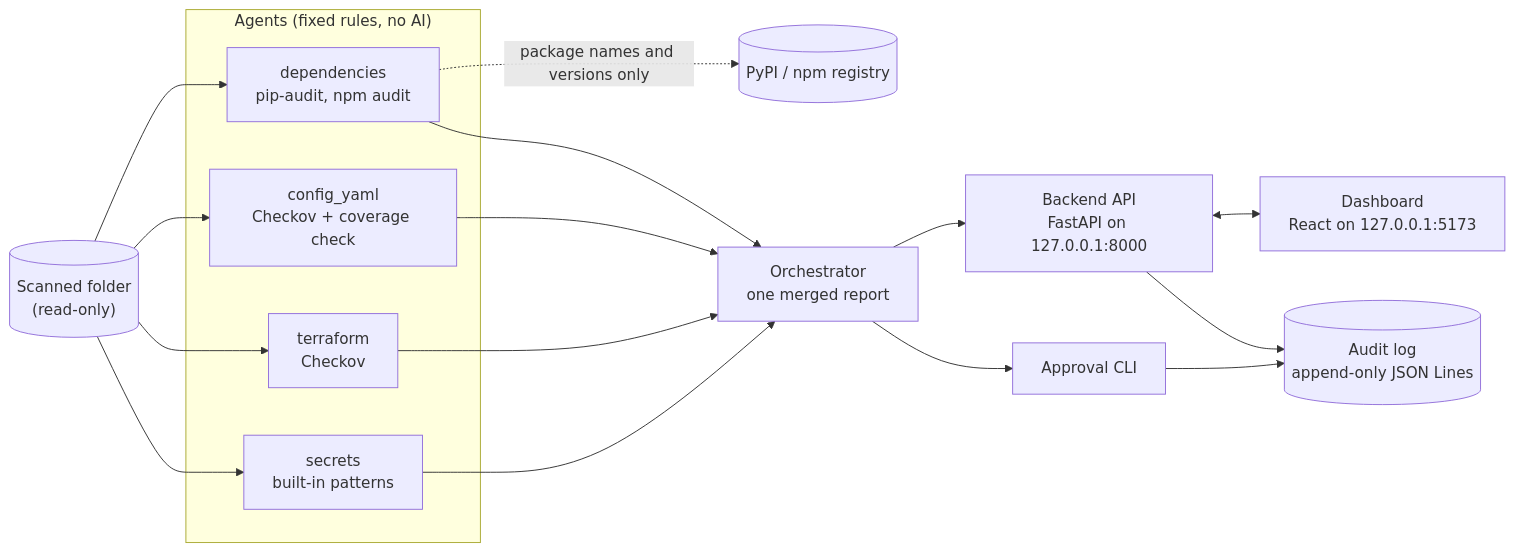
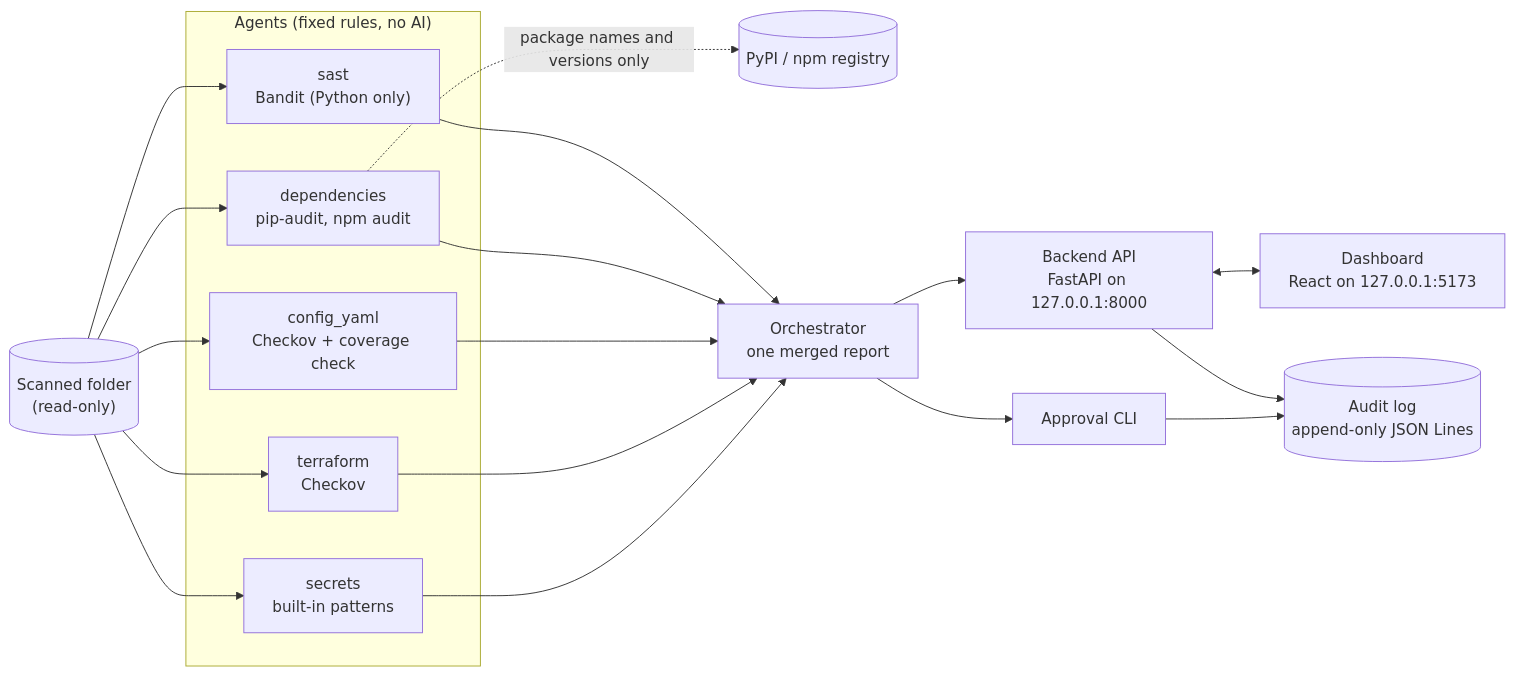
The diagram in README.md (samiiraqi/sentinel), drawn with Mermaid before and after one commit. The commit also changed other lines of this file and 12 other files, not shown here.

First line of the commit message:
feat: add SAST agent (Bandit, Python only, offline)

````diff
--- a/README.md
+++ b/README.md
@@ -19,18 +19,19 @@
 ```mermaid
 flowchart LR
     folder[("Scanned folder<br/>(read-only)")]
     subgraph agents["Agents (fixed rules, no AI)"]
         sec["secrets<br/>built-in patterns"]
         tf["terraform<br/>Checkov"]
         cy["config_yaml<br/>Checkov + coverage check"]
         dep["dependencies<br/>pip-audit, npm audit"]
+        sast["sast<br/>Bandit (Python only)"]
     end
-    folder --> sec & tf & cy & dep
+    folder --> sec & tf & cy & dep & sast
     dep -. "package names and versions only" .-> reg[("PyPI / npm registry")]
-    sec & tf & cy & dep --> orch["Orchestrator<br/>one merged report"]
+    sec & tf & cy & dep & sast --> orch["Orchestrator<br/>one merged report"]
     orch --> cli["Approval CLI"]
     orch --> api["Backend API<br/>FastAPI on 127.0.0.1:8000"]
     api <--> ui["Dashboard<br/>React on 127.0.0.1:5173"]
     cli --> log[("Audit log<br/>append-only JSON Lines")]
     api --> log
 ```
````
